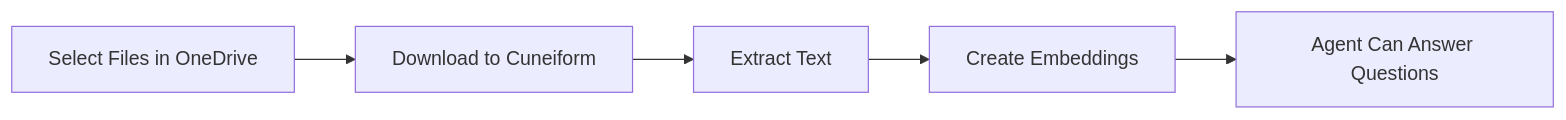
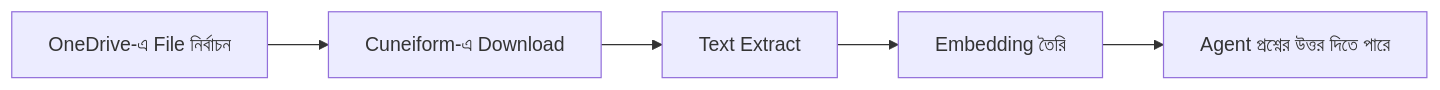
Before and after one commit to cuneiform-chat/docs: the diagram in content/bn/knowledge-base/onedrive.mdx, drawn with Mermaid. The commit also changed other lines of this file and 12 other files, not shown here.

````diff
--- a/content/bn/knowledge-base/onedrive.mdx
+++ b/content/bn/knowledge-base/onedrive.mdx
@@ -67,7 +64,7 @@
 ```mermaid
 graph LR
-    A[Select Files in OneDrive] --> B[Download to Cuneiform]
-    B --> C[Extract Text]
-    C --> D[Create Embeddings]
-    D --> E[Agent Can Answer Questions]
+    A[OneDrive-এ File নির্বাচন] --> B[Cuneiform-এ Download]
+    B --> C[Text Extract]
+    C --> D[Embedding তৈরি]
+    D --> E[Agent প্রশ্নের উত্তর দিতে পারে]
 ```
````
